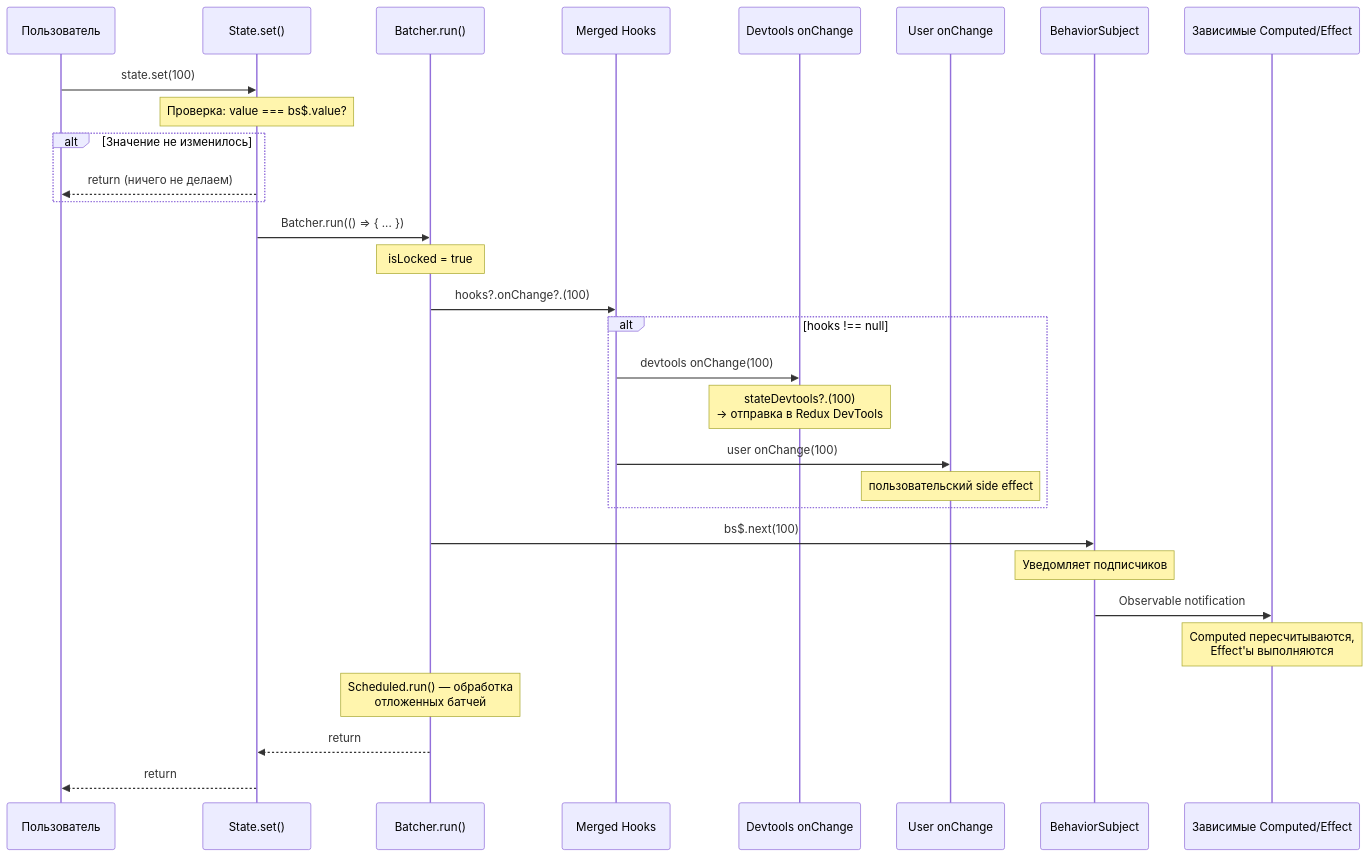
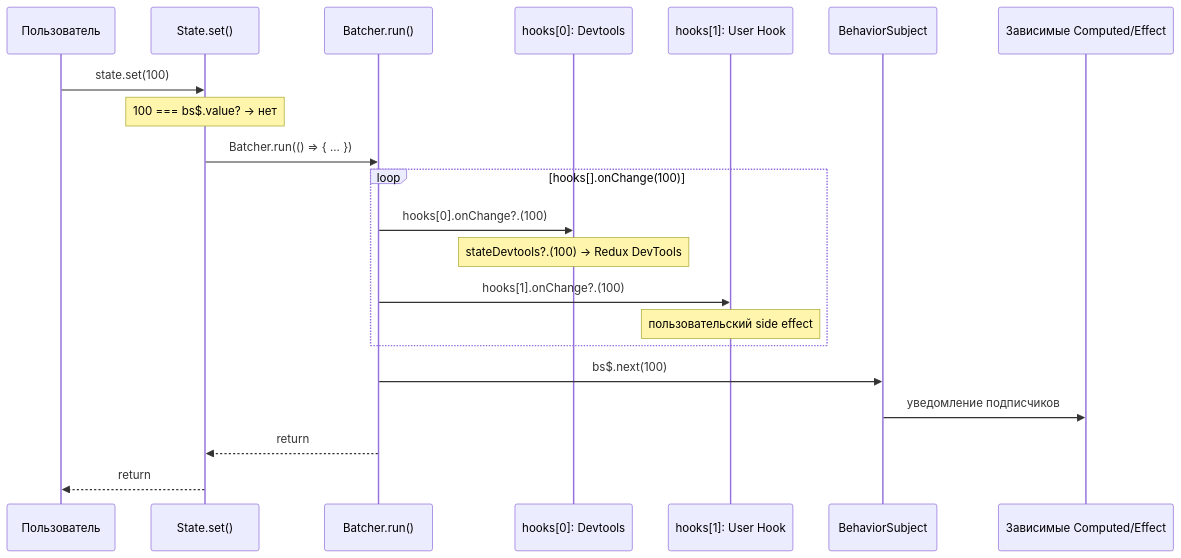
Before and after one commit to fozy-labs/rx-toolkit: the fourth of 11 diagrams in .thoughts/2026-03-11_signal-devtools-lifecycle/02-design/02-dataflow.md, drawn with Mermaid. The commit also changed other lines of this file and 9 other files, not shown here.

Commit message:
thoughts: add design for signal devtools lifecycle hooks

````diff
--- a/.thoughts/2026-03-11_signal-devtools-lifecycle/02-design/02-dataflow.md
+++ b/.thoughts/2026-03-11_signal-devtools-lifecycle/02-design/02-dataflow.md
@@ -147,42 +158,29 @@
 ```mermaid
 sequenceDiagram
     participant User as Пользователь
     participant State as State.set()
     participant Batcher as Batcher.run()
-    participant Hooks as Merged Hooks
-    participant DT as Devtools onChange
-    participant UserHook as User onChange
+    participant H0 as hooks[0]: Devtools
+    participant H1 as hooks[1]: User Hook
     participant BS as BehaviorSubject
     participant Deps as Зависимые Computed/Effect
 
     User->>State: state.set(100)
 
-    Note over State: Проверка: value === bs$.value?
-    alt Значение не изменилось
-        State-->>User: return (ничего не делаем)
-    end
+    Note over State: 100 === bs$.value? → нет
 
     State->>Batcher: Batcher.run(() => { ... })
 
-    Note over Batcher: isLocked = true
-
-    Batcher->>Hooks: hooks?.onChange?.(100)
-
-    alt hooks !== null
-        Hooks->>DT: devtools onChange(100)
-        Note over DT: stateDevtools?.(100)<br/>→ отправка в Redux DevTools
-        Hooks->>UserHook: user onChange(100)
-        Note over UserHook: пользовательский side effect
+    loop hooks[].onChange(100)
+        Batcher->>H0: hooks[0].onChange?.(100)
+        Note over H0: stateDevtools?.(100) → Redux DevTools
+        Batcher->>H1: hooks[1].onChange?.(100)
+        Note over H1: пользовательский side effect
     end
 
     Batcher->>BS: bs$.next(100)
-    Note over BS: Уведомляет подписчиков
-
-    BS->>Deps: Observable notification
-    Note over Deps: Computed пересчитываются,<br/>Effect'ы выполняются
-
-    Note over Batcher: Scheduled.run() — обработка<br/>отложенных батчей
+    BS->>Deps: уведомление подписчиков
 
     Batcher-->>State: return
     State-->>User: return
 ```
````
